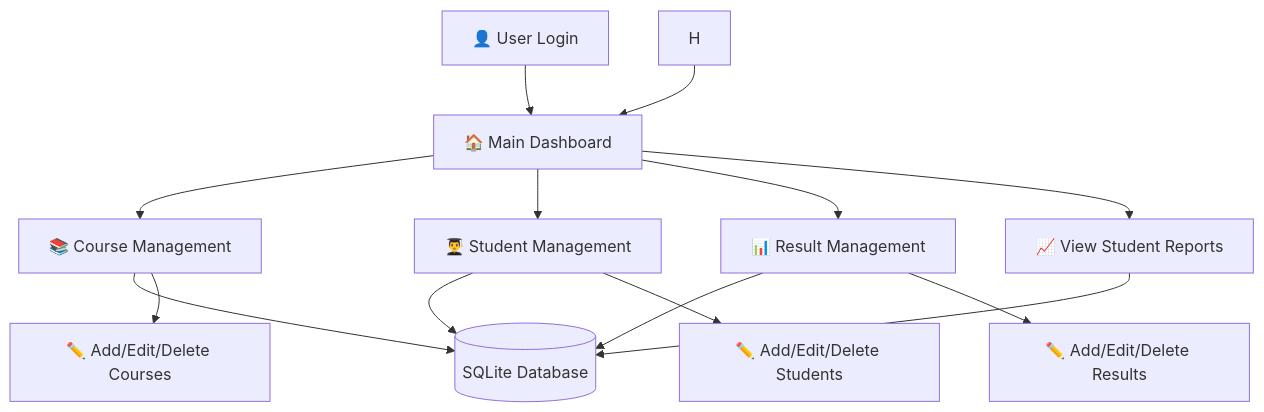
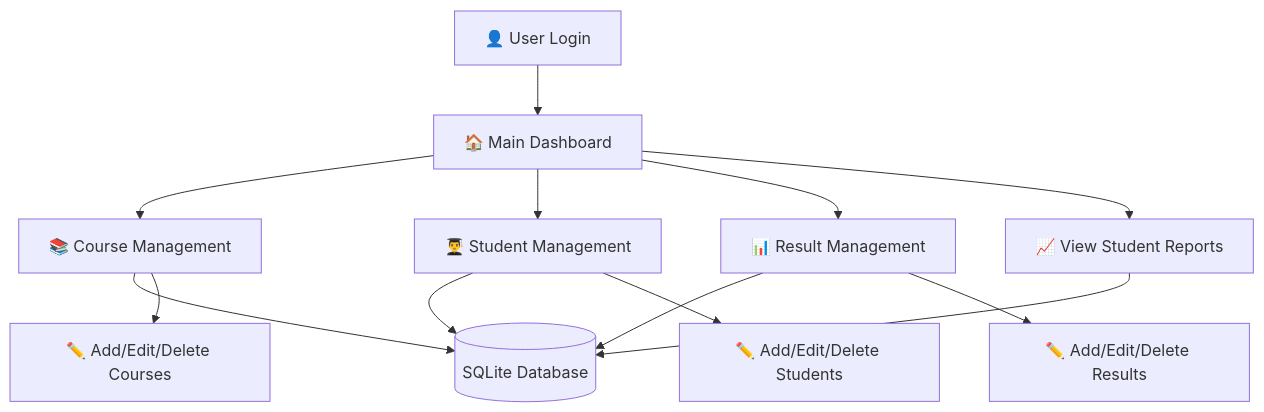
One commit to sameeran4218/Student-Management-System changed the first of 2 diagrams in README.md. Above: the diagram before and after it, drawn with Mermaid. The commit also changed other lines of this file, not shown here.

````diff
--- a/README.md
+++ b/README.md
@@ -45,19 +44,17 @@
 ```mermaid
 graph TD
     A[👤 User Login] --> B[🏠 Main Dashboard]
     B --> C[📚 Course Management]
     B --> D[👨‍🎓 Student Management]
     B --> E[📊 Result Management]
     B --> F[📈 View Student Reports]
     
     C --> G[(SQLite Database)]
     D --> G
     E --> G
     F --> G
     
-    H --> B
-    
     C --> I[✏️ Add/Edit/Delete Courses]
     D --> J[✏️ Add/Edit/Delete Students]
     E --> K[✏️ Add/Edit/Delete Results]
 ```
````
